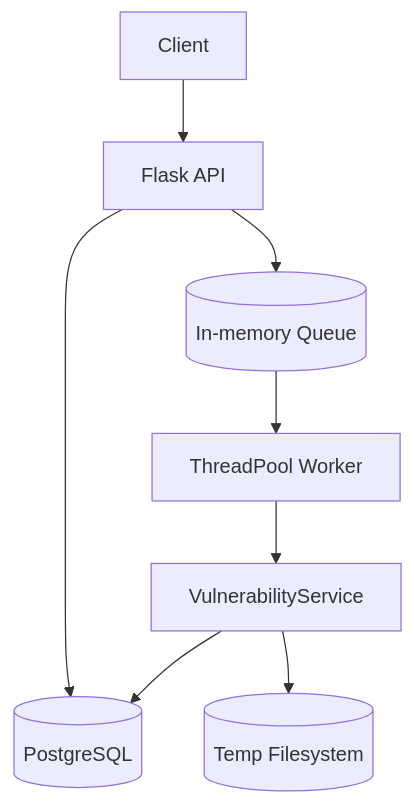
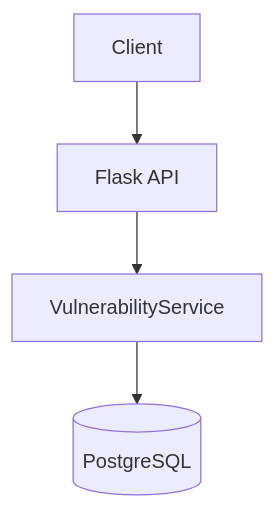
Before and after one commit to jinikimm/vuln-change-monitor: the first of 2 diagrams in README.md, drawn with Mermaid. The commit also changed other lines of this file, not shown here.

````diff
--- a/README.md
+++ b/README.md
@@ -30,20 +6,11 @@
 ```mermaid
 flowchart TD
-  Client[Client]
-  API[Flask API]
-  Q[(In-memory Queue)]
-  W[ThreadPool Worker]
-  VS[VulnerabilityService]
-  DB[(PostgreSQL)]
-  FS[(Temp Filesystem)]
+    Client[Client]
+    FlaskAPI[Flask API]
+    VulnerabilityService[VulnerabilityService]
+    Database[(PostgreSQL)]
 
-  Client --> API
-  API --> DB
-  API --> Q
-
-  Q --> W
-
-  W --> VS
-  VS --> DB
-  VS --> FS
+    Client --> FlaskAPI
+    FlaskAPI --> VulnerabilityService
+    VulnerabilityService --> Database
 ```
````
